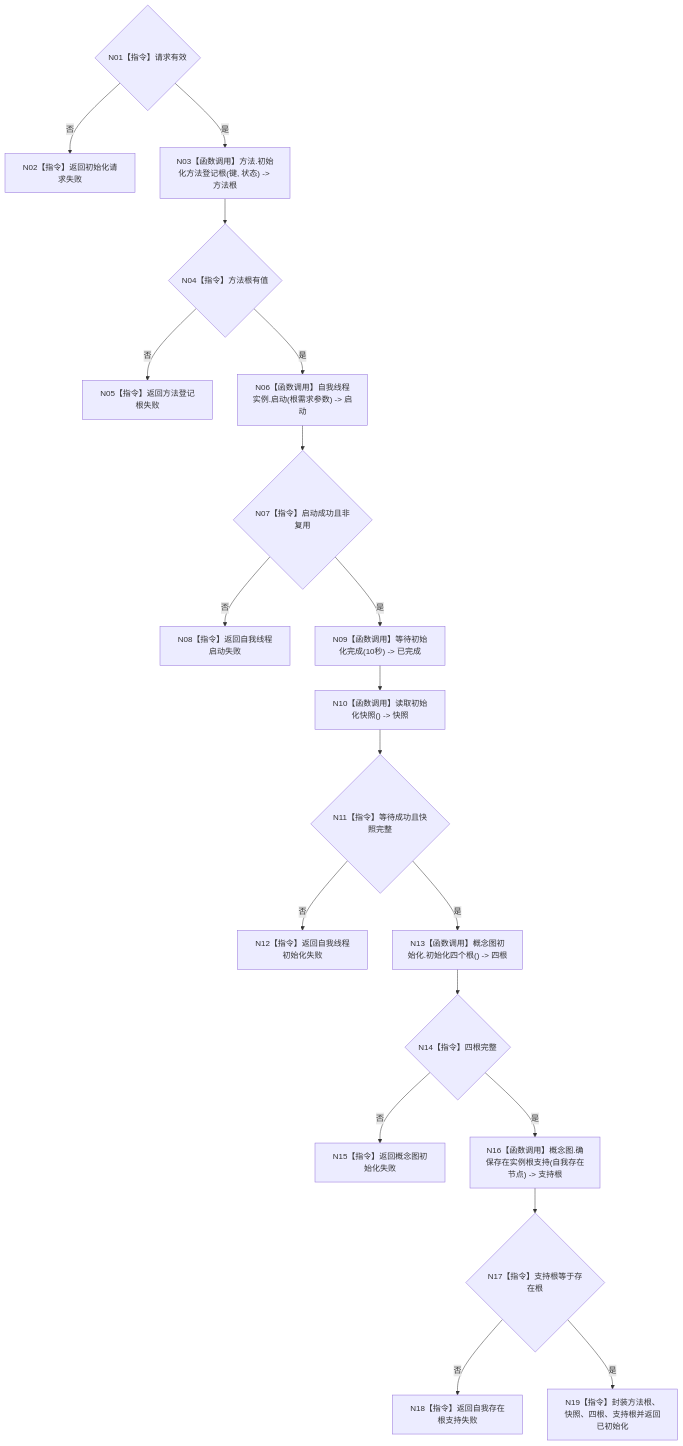
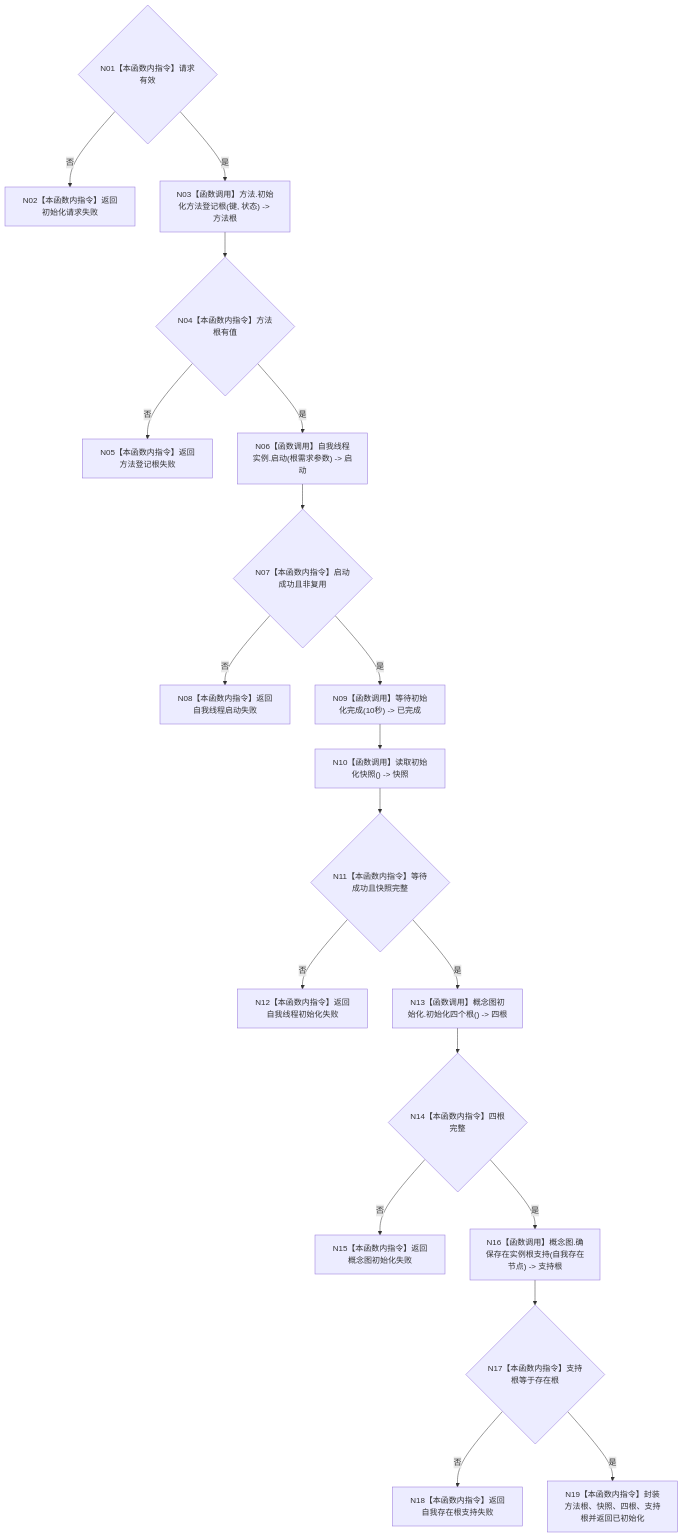
One commit to chunhaizh-cyber/HY-Ego changed the diagram in 流程图/20260726_ENTRY-ONLY_F08_初始化普通系统_施工流程图_v0.1.md. Above: the diagram before and after it, drawn with Mermaid. The commit also changed other lines of this file and 88 other files, not shown here.

````diff
--- a/流程图/20260726_ENTRY-ONLY_F08_初始化普通系统_施工流程图_v0.1.md
+++ b/流程图/20260726_ENTRY-ONLY_F08_初始化普通系统_施工流程图_v0.1.md
@@ -8,21 +28,21 @@
 ```mermaid
 flowchart TD
-    N01{"N01【指令】请求有效"} -- "否" --> R0["N02【指令】返回初始化请求失败"]
+    N01{"N01【本函数内指令】请求有效"} -- "否" --> R0["N02【本函数内指令】返回初始化请求失败"]
     N01 -- "是" --> N03["N03【函数调用】方法.初始化方法登记根(键, 状态) -> 方法根"]
-    N03 --> N04{"N04【指令】方法根有值"}
-    N04 -- "否" --> R1["N05【指令】返回方法登记根失败"]
+    N03 --> N04{"N04【本函数内指令】方法根有值"}
+    N04 -- "否" --> R1["N05【本函数内指令】返回方法登记根失败"]
     N04 -- "是" --> N06["N06【函数调用】自我线程实例.启动(根需求参数) -> 启动"]
-    N06 --> N07{"N07【指令】启动成功且非复用"}
-    N07 -- "否" --> R2["N08【指令】返回自我线程启动失败"]
+    N06 --> N07{"N07【本函数内指令】启动成功且非复用"}
+    N07 -- "否" --> R2["N08【本函数内指令】返回自我线程启动失败"]
     N07 -- "是" --> N09["N09【函数调用】等待初始化完成(10秒) -> 已完成"]
     N09 --> N10["N10【函数调用】读取初始化快照() -> 快照"]
-    N10 --> N11{"N11【指令】等待成功且快照完整"}
-    N11 -- "否" --> R3["N12【指令】返回自我线程初始化失败"]
+    N10 --> N11{"N11【本函数内指令】等待成功且快照完整"}
+    N11 -- "否" --> R3["N12【本函数内指令】返回自我线程初始化失败"]
     N11 -- "是" --> N13["N13【函数调用】概念图初始化.初始化四个根() -> 四根"]
-    N13 --> N14{"N14【指令】四根完整"}
-    N14 -- "否" --> R4["N15【指令】返回概念图初始化失败"]
+    N13 --> N14{"N14【本函数内指令】四根完整"}
+    N14 -- "否" --> R4["N15【本函数内指令】返回概念图初始化失败"]
     N14 -- "是" --> N16["N16【函数调用】概念图.确保存在实例根支持(自我存在节点) -> 支持根"]
-    N16 --> N17{"N17【指令】支持根等于存在根"}
-    N17 -- "否" --> R5["N18【指令】返回自我存在根支持失败"]
-    N17 -- "是" --> N19["N19【指令】封装方法根、快照、四根、支持根并返回已初始化"]
+    N16 --> N17{"N17【本函数内指令】支持根等于存在根"}
+    N17 -- "否" --> R5["N18【本函数内指令】返回自我存在根支持失败"]
+    N17 -- "是" --> N19["N19【本函数内指令】封装方法根、快照、四根、支持根并返回已初始化"]
 ```
````
